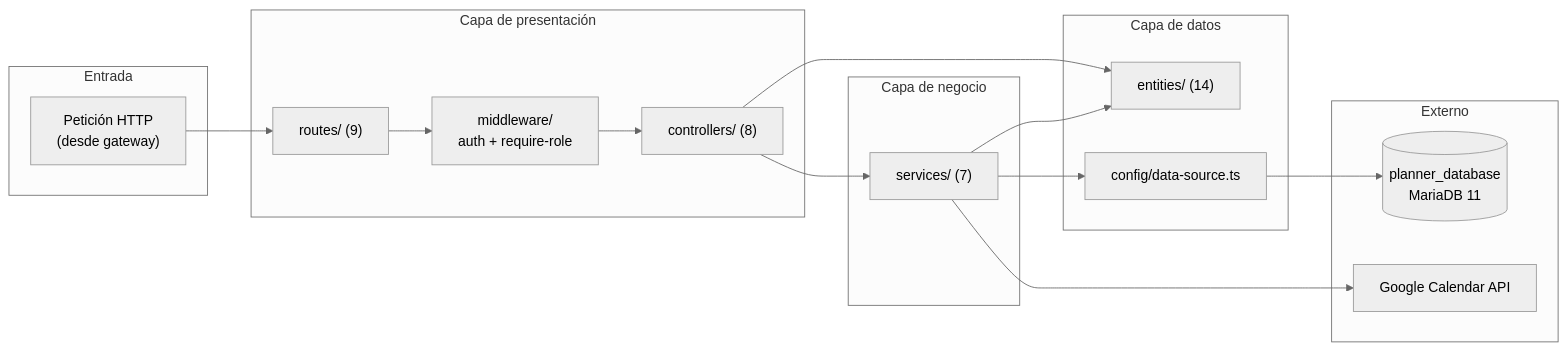
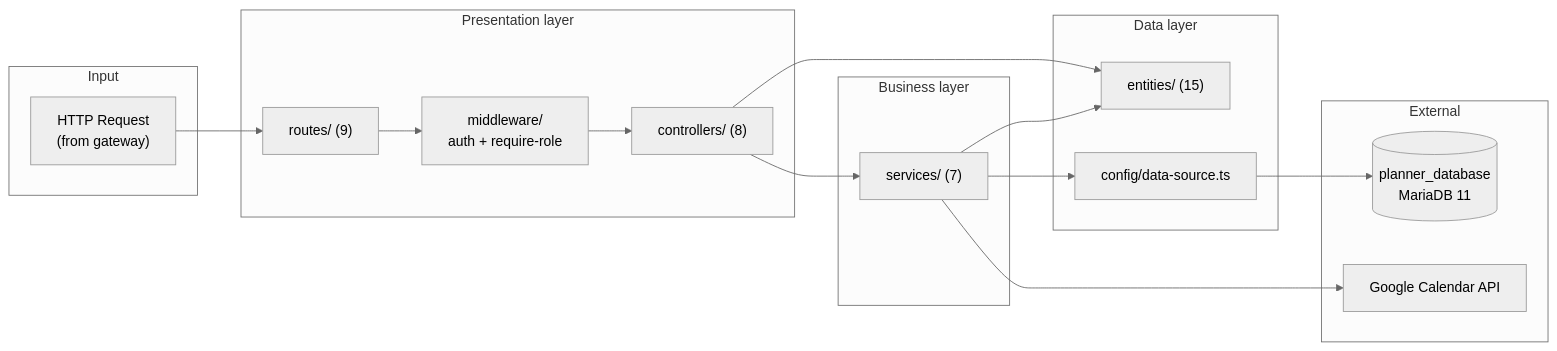
One commit to Murias10/TeachingPlanner changed the second of 3 diagrams in docs/capitulo6_implementacion.md. Above: the diagram before and after it, drawn with Mermaid (neutral theme). The commit also changed other lines of this file and 2 other files, not shown here.

````diff
--- a/docs/capitulo6_implementacion.md
+++ b/docs/capitulo6_implementacion.md
@@ -264,34 +271,34 @@
 ```mermaid
 graph LR
-    subgraph "Entrada"
-        REQ["Petición HTTP\n(desde gateway)"]
+    subgraph "Input"
+        REQ["HTTP Request\n(from gateway)"]
     end
 
-    subgraph "Capa de presentación"
+    subgraph "Presentation layer"
         MW["middleware/\nauth + require-role"]
         RT["routes/ (9)"]
         CT["controllers/ (8)"]
     end
 
-    subgraph "Capa de negocio"
+    subgraph "Business layer"
         SV["services/ (7)"]
     end
 
-    subgraph "Capa de datos"
-        EN["entities/ (14)"]
+    subgraph "Data layer"
+        EN["entities/ (15)"]
         DS["config/data-source.ts"]
     end
 
-    subgraph "Externo"
+    subgraph "External"
         DB[("planner_database\nMariaDB 11")]
         GCAL["Google Calendar API"]
     end
 
     REQ --> RT --> MW --> CT
     CT --> SV
     CT --> EN
     SV --> EN
     SV --> DS
     DS --> DB
     SV --> GCAL
 ```
````
